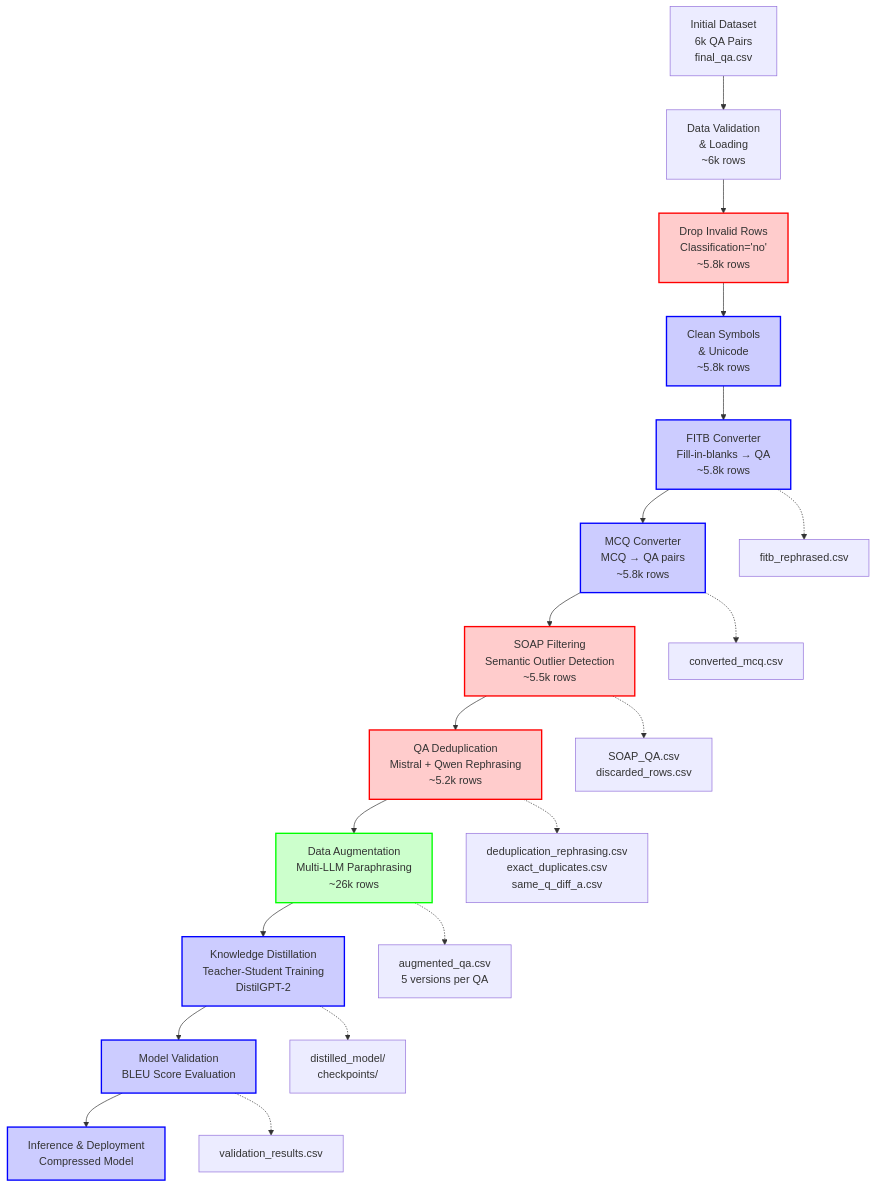
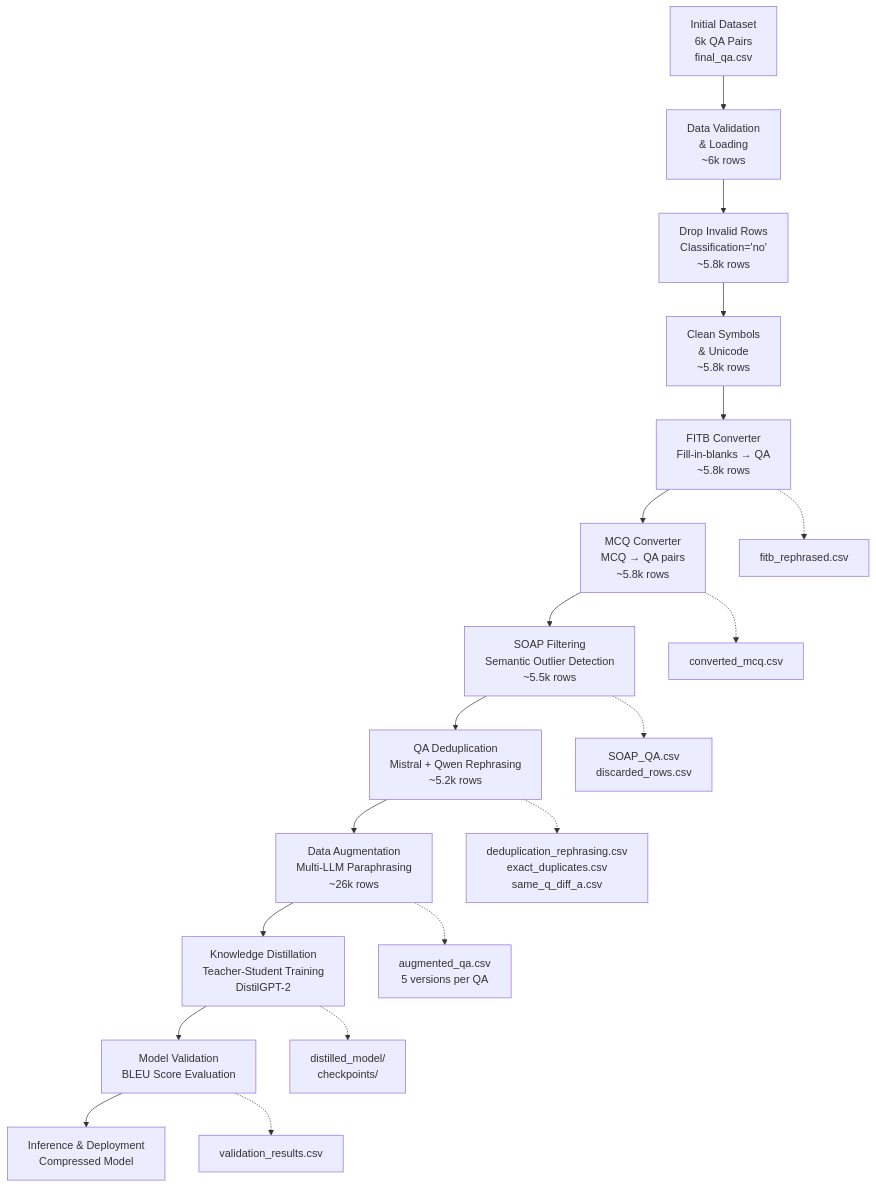
Before and after one commit to Dhruvshah0506/Knowledge_Distillation: the diagram in README.md, drawn with Mermaid. The commit also changed other lines of this file, not shown here.

````diff
--- a/README.md
+++ b/README.md
@@ -13,32 +13,24 @@
 ```mermaid
 graph TD
     A[Initial Dataset<br/>6k QA Pairs<br/>final_qa.csv] --> B[Data Validation<br/>& Loading<br/>~6k rows]
     B --> C[Drop Invalid Rows<br/>Classification='no'<br/>~5.8k rows]
     C --> D[Clean Symbols<br/>& Unicode<br/>~5.8k rows]
     D --> E[FITB Converter<br/>Fill-in-blanks → QA<br/>~5.8k rows]
     E --> F[MCQ Converter<br/>MCQ → QA pairs<br/>~5.8k rows]
     F --> G[SOAP Filtering<br/>Semantic Outlier Detection<br/>~5.5k rows]
     G --> H[QA Deduplication<br/>Mistral + Qwen Rephrasing<br/>~5.2k rows]
     H --> I[Data Augmentation<br/>Multi-LLM Paraphrasing<br/>~26k rows]
     I --> J[Knowledge Distillation<br/>Teacher-Student Training<br/>DistilGPT-2]
     J --> K[Model Validation<br/>BLEU Score Evaluation]
     K --> L[Inference & Deployment<br/>Compressed Model]
 
     %% File outputs at each stage
     E -.-> E1[fitb_rephrased.csv]
     F -.-> F1[converted_mcq.csv] 
     G -.-> G1[SOAP_QA.csv<br/>discarded_rows.csv]
     H -.-> H1[deduplication_rephrasing.csv<br/>exact_duplicates.csv<br/>same_q_diff_a.csv]
     I -.-> I1[augmented_qa.csv<br/>5 versions per QA]
     J -.-> J1[distilled_model/<br/>checkpoints/]
     K -.-> K1[validation_results.csv]
 
-    %% Styling for row changes
-    classDef reduction fill:#ffcccc,stroke:#ff0000,stroke-width:2px
-    classDef expansion fill:#ccffcc,stroke:#00ff00,stroke-width:2px
-    classDef processing fill:#ccccff,stroke:#0000ff,stroke-width:2px
-    
-    class C,G,H reduction
-    class I expansion
-    class D,E,F,J,K,L processing
 ```
````
